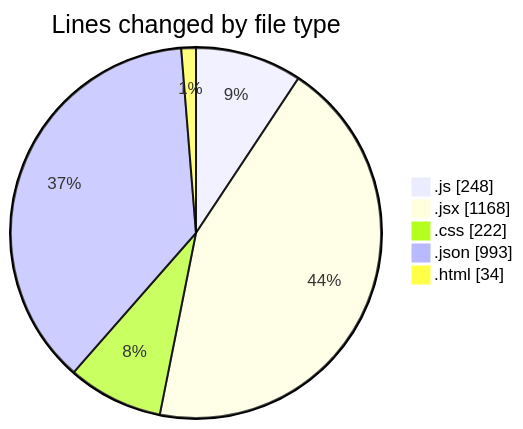
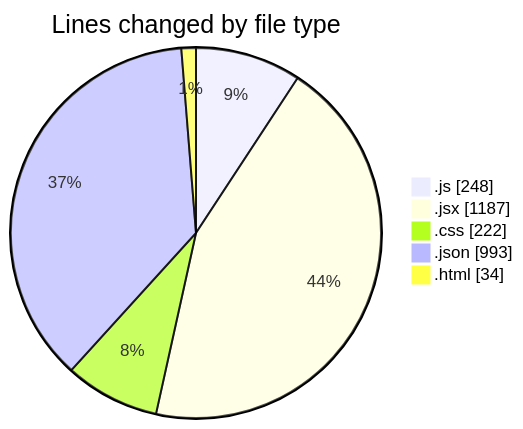
The first of 2 diagrams in 2025-07-01/urlwebwalatask/README.md (Ritupan-Deka/code-tracking), drawn with Mermaid before and after one commit. The commit also changed other lines of this file and 1 other file, not shown here.

````diff
--- a/2025-07-01/urlwebwalatask/README.md
+++ b/2025-07-01/urlwebwalatask/README.md
@@ -31,9 +31,9 @@
 ```mermaid
 pie showData
 title Lines changed by file type
 ".js" : 248
-".jsx" : 1168
+".jsx" : 1187
 ".css" : 222
 ".json" : 993
 ".html" : 34
 ```
````
